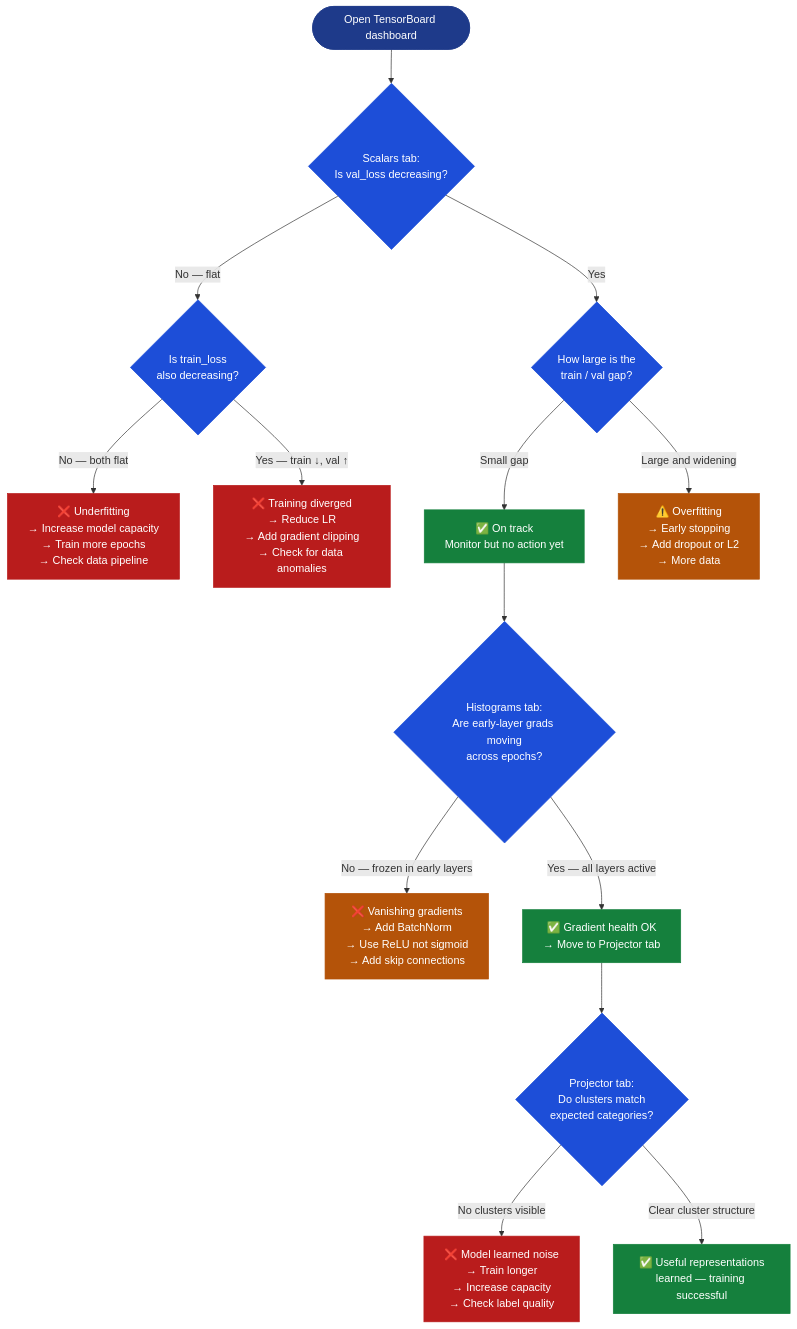
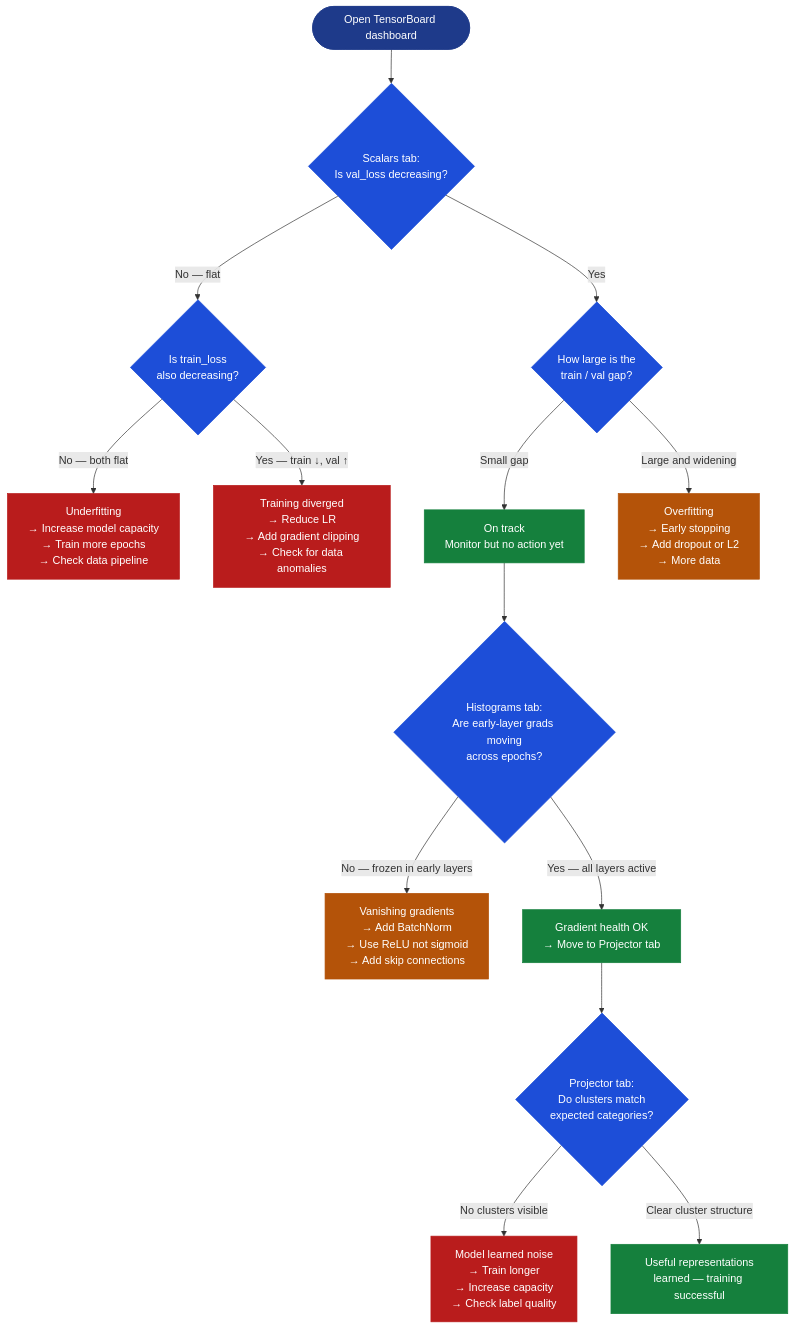
The second of 2 diagrams in notes/01-ml/03-neural-networks/ch08_tensorboard/README.md (dsgouda7/ai-portfolio), drawn with Mermaid before and after one commit. The commit also changed other lines of this file and 179 other files, not shown here.

````diff
--- a/notes/01-ml/03-neural-networks/ch08_tensorboard/README.md
+++ b/notes/01-ml/03-neural-networks/ch08_tensorboard/README.md
@@ -738,47 +736,47 @@
 ```mermaid
 flowchart TD
-    START(["Open TensorBoard dashboard"])
-    Q1{"Scalars tab:\nIs val_loss decreasing?"}
-    Q2{"Is train_loss\nalso decreasing?"}
-    Q3{"How large is the\ntrain / val gap?"}
-    Q4{"Histograms tab:\nAre early-layer grads moving\nacross epochs?"}
-    Q5{"Projector tab:\nDo clusters match\nexpected categories?"}
+ START(["Open TensorBoard dashboard"])
+ Q1{"Scalars tab:\nIs val_loss decreasing?"}
+ Q2{"Is train_loss\nalso decreasing?"}
+ Q3{"How large is the\ntrain / val gap?"}
+ Q4{"Histograms tab:\nAre early-layer grads moving\nacross epochs?"}
+ Q5{"Projector tab:\nDo clusters match\nexpected categories?"}
 
-    ACT_A["❌ Underfitting\n→ Increase model capacity\n→ Train more epochs\n→ Check data pipeline"]
-    ACT_B["❌ Training diverged\n→ Reduce LR\n→ Add gradient clipping\n→ Check for data anomalies"]
-    ACT_C["✅ On track\nMonitor but no action yet"]
-    ACT_D["⚠️ Overfitting\n→ Early stopping\n→ Add dropout or L2\n→ More data"]
-    ACT_E["❌ Vanishing gradients\n→ Add BatchNorm\n→ Use ReLU not sigmoid\n→ Add skip connections"]
-    ACT_F["✅ Gradient health OK\n→ Move to Projector tab"]
-    ACT_G["❌ Model learned noise\n→ Train longer\n→ Increase capacity\n→ Check label quality"]
-    ACT_H["✅ Useful representations\nlearned — training successful"]
+ ACT_A[" Underfitting\n→ Increase model capacity\n→ Train more epochs\n→ Check data pipeline"]
+ ACT_B[" Training diverged\n→ Reduce LR\n→ Add gradient clipping\n→ Check for data anomalies"]
+ ACT_C[" On track\nMonitor but no action yet"]
+ ACT_D[" Overfitting\n→ Early stopping\n→ Add dropout or L2\n→ More data"]
+ ACT_E[" Vanishing gradients\n→ Add BatchNorm\n→ Use ReLU not sigmoid\n→ Add skip connections"]
+ ACT_F[" Gradient health OK\n→ Move to Projector tab"]
+ ACT_G[" Model learned noise\n→ Train longer\n→ Increase capacity\n→ Check label quality"]
+ ACT_H[" Useful representations\nlearned — training successful"]
 
-    START --> Q1
-    Q1 -->|"Yes"| Q3
-    Q1 -->|"No — flat"| Q2
-    Q2 -->|"No — both flat"| ACT_A
-    Q2 -->|"Yes — train ↓, val ↑"| ACT_B
-    Q3 -->|"Small gap"| ACT_C
-    Q3 -->|"Large and widening"| ACT_D
-    ACT_C --> Q4
-    Q4 -->|"No — frozen in early layers"| ACT_E
-    Q4 -->|"Yes — all layers active"| ACT_F
-    ACT_F --> Q5
-    Q5 -->|"No clusters visible"| ACT_G
-    Q5 -->|"Clear cluster structure"| ACT_H
+ START --> Q1
+ Q1 -->|"Yes"| Q3
+ Q1 -->|"No — flat"| Q2
+ Q2 -->|"No — both flat"| ACT_A
+ Q2 -->|"Yes — train ↓, val ↑"| ACT_B
+ Q3 -->|"Small gap"| ACT_C
+ Q3 -->|"Large and widening"| ACT_D
+ ACT_C --> Q4
+ Q4 -->|"No — frozen in early layers"| ACT_E
+ Q4 -->|"Yes — all layers active"| ACT_F
+ ACT_F --> Q5
+ Q5 -->|"No clusters visible"| ACT_G
+ Q5 -->|"Clear cluster structure"| ACT_H
 
-    style START fill:#1e3a8a,color:#fff,stroke:#1e3a8a
-    style ACT_A fill:#b91c1c,color:#fff,stroke:#b91c1c
-    style ACT_B fill:#b91c1c,color:#fff,stroke:#b91c1c
-    style ACT_D fill:#b45309,color:#fff,stroke:#b45309
-    style ACT_E fill:#b45309,color:#fff,stroke:#b45309
-    style ACT_G fill:#b91c1c,color:#fff,stroke:#b91c1c
-    style ACT_C fill:#15803d,color:#fff,stroke:#15803d
-    style ACT_F fill:#15803d,color:#fff,stroke:#15803d
-    style ACT_H fill:#15803d,color:#fff,stroke:#15803d
-    style Q1 fill:#1d4ed8,color:#fff,stroke:#1d4ed8
-    style Q2 fill:#1d4ed8,color:#fff,stroke:#1d4ed8
-    style Q3 fill:#1d4ed8,color:#fff,stroke:#1d4ed8
-    style Q4 fill:#1d4ed8,color:#fff,stroke:#1d4ed8
-    style Q5 fill:#1d4ed8,color:#fff,stroke:#1d4ed8
+ style START fill:#1e3a8a,color:#fff,stroke:#1e3a8a
+ style ACT_A fill:#b91c1c,color:#fff,stroke:#b91c1c
+ style ACT_B fill:#b91c1c,color:#fff,stroke:#b91c1c
+ style ACT_D fill:#b45309,color:#fff,stroke:#b45309
+ style ACT_E fill:#b45309,color:#fff,stroke:#b45309
+ style ACT_G fill:#b91c1c,color:#fff,stroke:#b91c1c
+ style ACT_C fill:#15803d,color:#fff,stroke:#15803d
+ style ACT_F fill:#15803d,color:#fff,stroke:#15803d
+ style ACT_H fill:#15803d,color:#fff,stroke:#15803d
+ style Q1 fill:#1d4ed8,color:#fff,stroke:#1d4ed8
+ style Q2 fill:#1d4ed8,color:#fff,stroke:#1d4ed8
+ style Q3 fill:#1d4ed8,color:#fff,stroke:#1d4ed8
+ style Q4 fill:#1d4ed8,color:#fff,stroke:#1d4ed8
+ style Q5 fill:#1d4ed8,color:#fff,stroke:#1d4ed8
 ```
````
